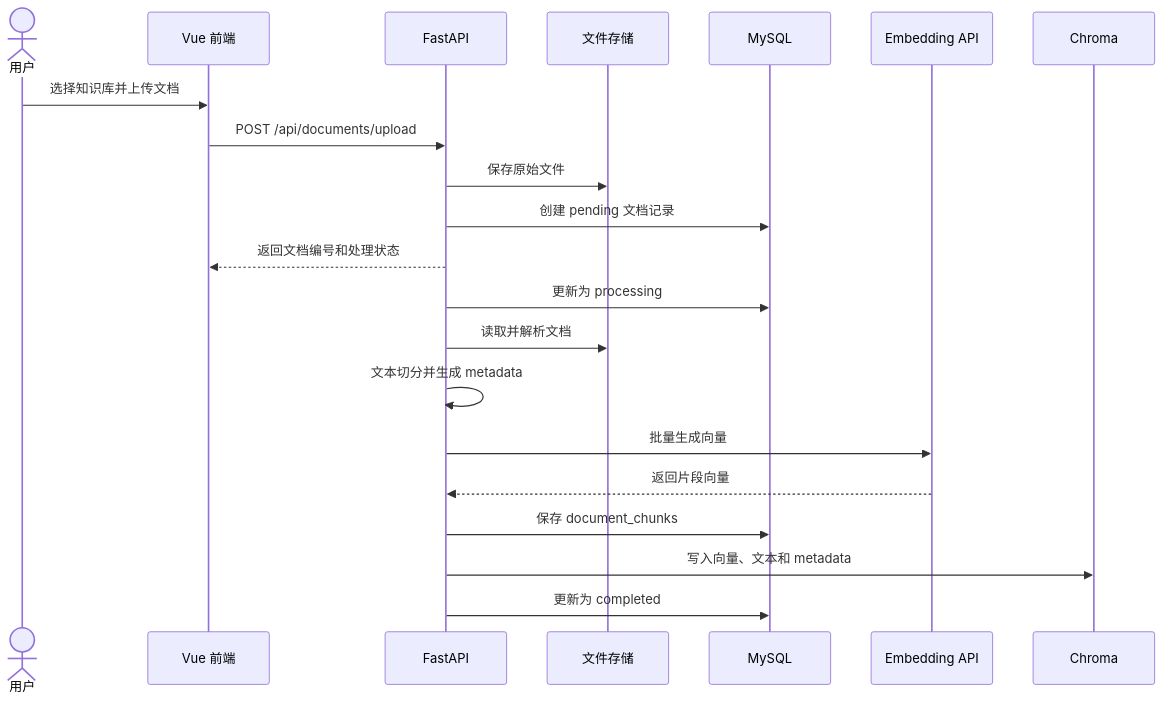
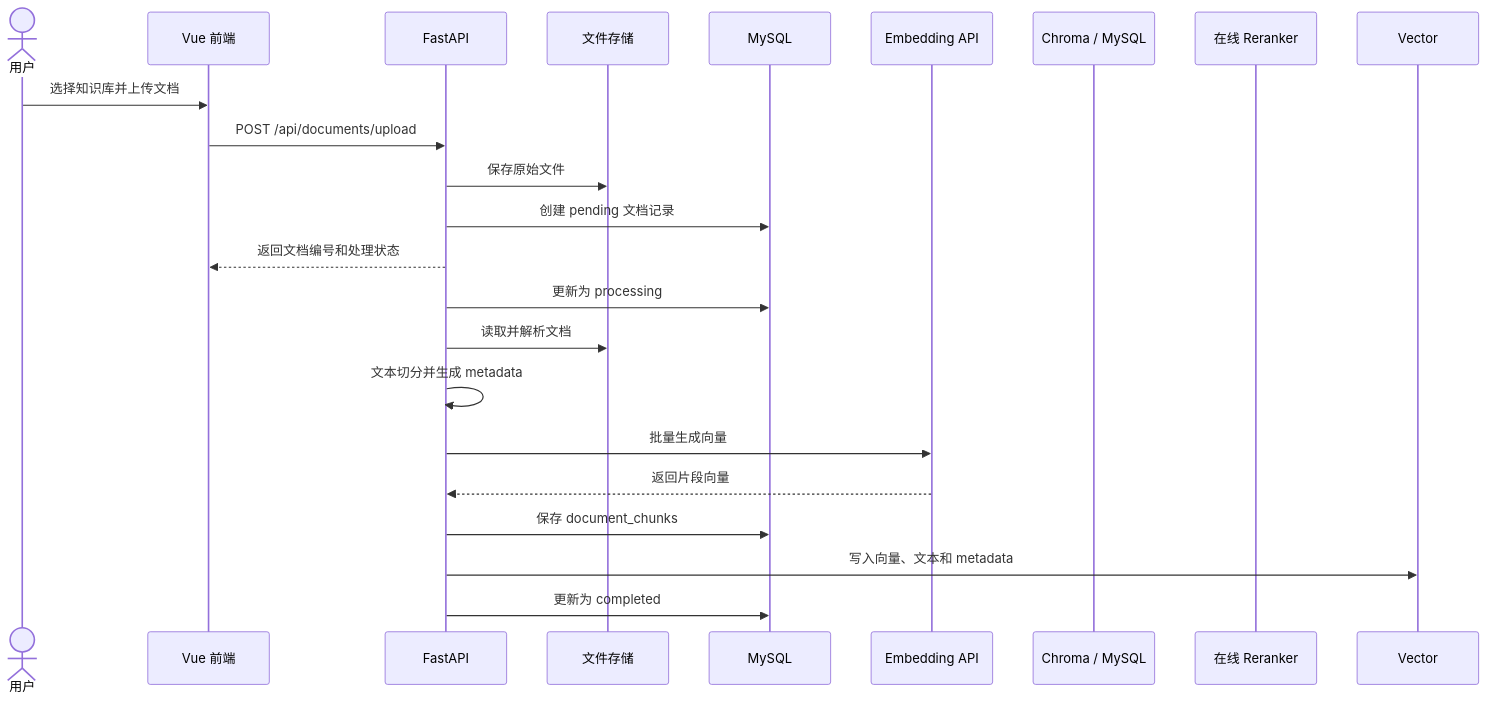
Before and after one commit to Star23666/CodeMind: the second of 6 diagrams in docs/wiki/Home.md, drawn with Mermaid. The commit also changed other lines of this file and 56 other files, not shown here.

````diff
--- a/docs/wiki/Home.md
+++ b/docs/wiki/Home.md
@@ -227,24 +229,25 @@
 ```mermaid
 sequenceDiagram
     actor User as 用户
     participant Web as Vue 前端
     participant API as FastAPI
     participant File as 文件存储
     participant DB as MySQL
     participant Embed as Embedding API
-    participant Vector as Chroma
+    participant Stores as Chroma / MySQL
+    participant Rerank as 在线 Reranker
 
     User->>Web: 选择知识库并上传文档
     Web->>API: POST /api/documents/upload
     API->>File: 保存原始文件
     API->>DB: 创建 pending 文档记录
     API-->>Web: 返回文档编号和处理状态
     API->>DB: 更新为 processing
     API->>File: 读取并解析文档
     API->>API: 文本切分并生成 metadata
     API->>Embed: 批量生成向量
     Embed-->>API: 返回片段向量
     API->>DB: 保存 document_chunks
     API->>Vector: 写入向量、文本和 metadata
     API->>DB: 更新为 completed
 ```
````
